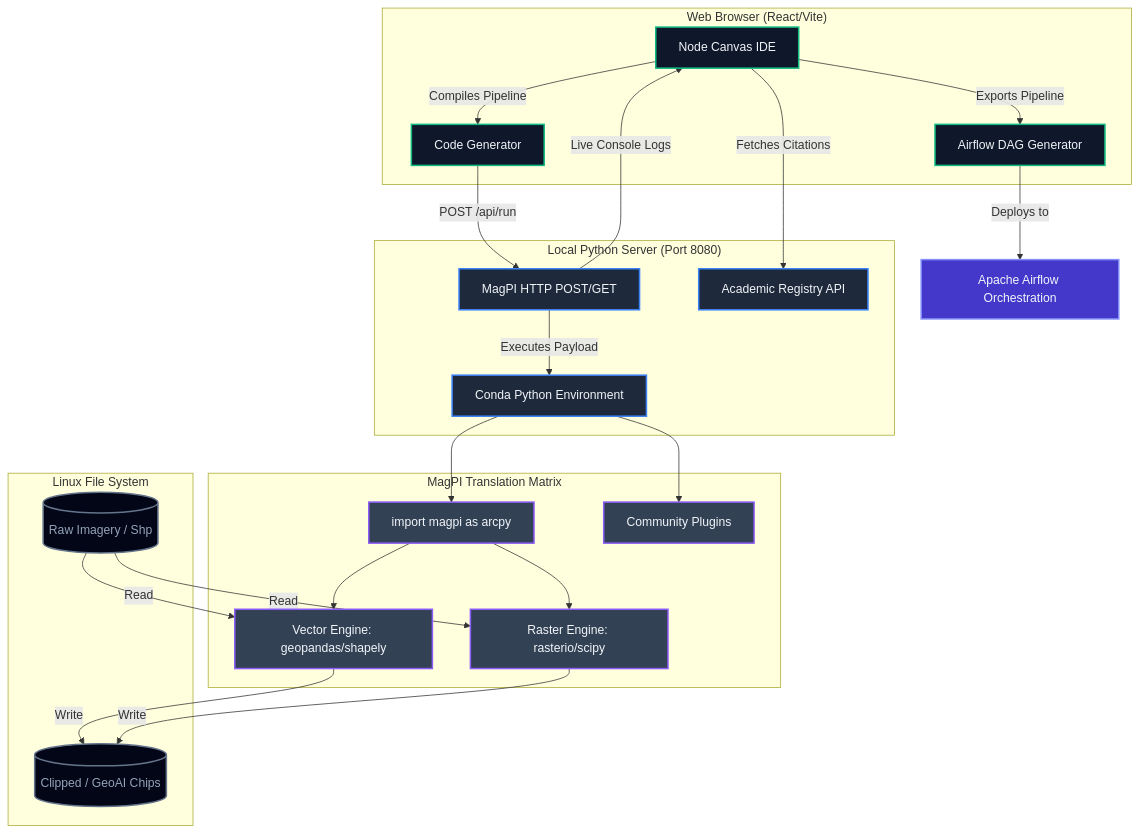
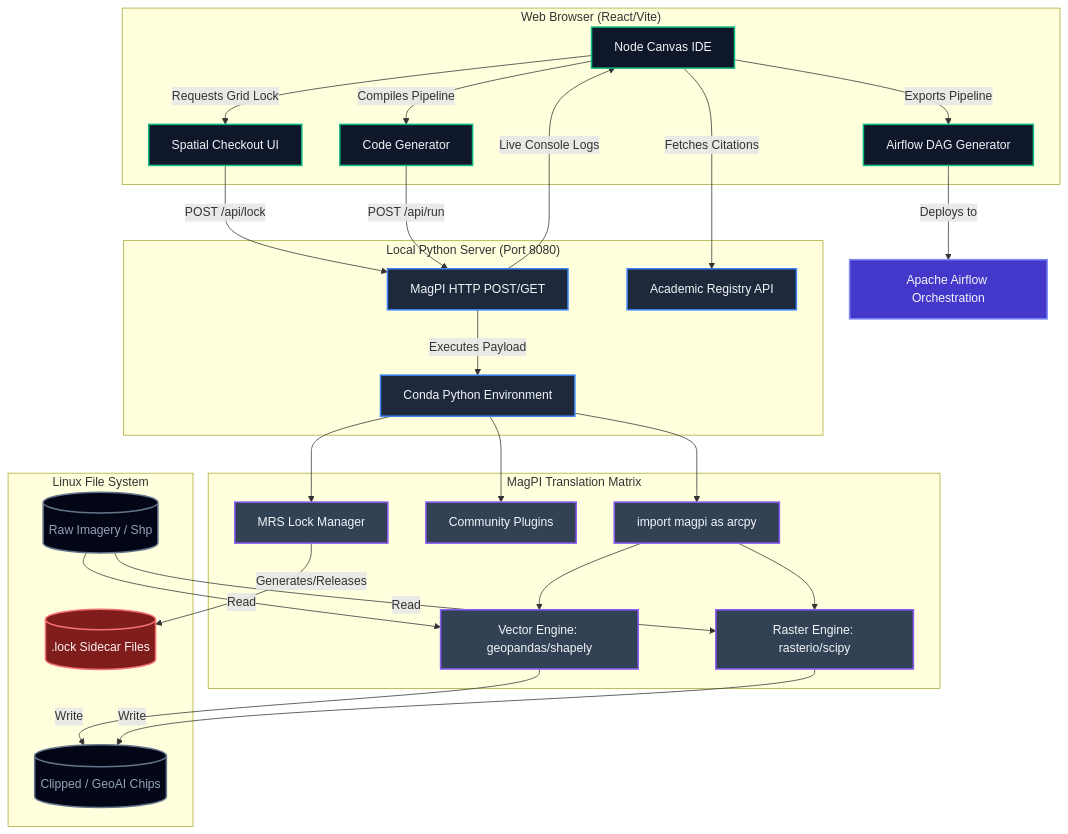
Before and after one commit to nexavision-tech/MagPI: the diagram in README.md, drawn with Mermaid. The commit also changed other lines of this file, not shown here.

Commit message:
docs: add documentation and architectural diagrams for the Optimistic Spatial Checkout system

````diff
--- a/README.md
+++ b/README.md
@@ -62,54 +72,64 @@
 ``` mermaid
 graph TD
     %% Styling
     classDef ui fill:#0f172a,stroke:#10b981,stroke-width:2px,color:#f1f5f9
     classDef daemon fill:#1e293b,stroke:#3b82f6,stroke-width:2px,color:#f1f5f9
     classDef engine fill:#334155,stroke:#8b5cf6,stroke-width:2px,color:#f1f5f9
     classDef disk fill:#020617,stroke:#64748b,stroke-width:2px,color:#94a3b8
     classDef airflow fill:#4338ca,stroke:#818cf8,stroke-width:2px,color:#f1f5f9
+    classDef lock fill:#7f1d1d,stroke:#f87171,stroke-width:2px,color:#fef2f2
 
     %% Nodes
     subgraph UI["Web Browser (React/Vite)"]
         Canvas[Node Canvas IDE]:::ui
         Script[Code Generator]:::ui
         AirflowExport[Airflow DAG Generator]:::ui
+        FishnetUI[Spatial Checkout UI]:::ui
     end
 
     subgraph DAEMON["Local Python Server (Port 8080)"]
         API[MagPI HTTP POST/GET]:::daemon
         Interpreter[Conda Python Environment]:::daemon
         Registry[Academic Registry API]:::daemon
     end
 
     subgraph ENGINE["MagPI Translation Matrix"]
         ArcpyBridge[import magpi as arcpy]:::engine
         GeoPandas[Vector Engine: geopandas/shapely]:::engine
         Rasterio[Raster Engine: rasterio/scipy]:::engine
         Community[Community Plugins]:::engine
+        CheckoutLogic[MRS Lock Manager]:::engine
     end
 
     subgraph OS["Linux File System"]
         Inputs[(Raw Imagery / Shp)]:::disk
         Outputs[(Clipped / GeoAI Chips)]:::disk
+        Locks[(".lock Sidecar Files")]:::lock
     end
 
     %% Connections
     Canvas -->|Compiles Pipeline| Script
     Canvas -->|Exports Pipeline| AirflowExport
+    Canvas -->|Requests Grid Lock| FishnetUI
+    FishnetUI -->|POST /api/lock| API
+    
     AirflowExport -->|Deploys to| Airflow[Apache Airflow Orchestration]:::airflow
     Script -->|POST /api/run| API
     Canvas -->|Fetches Citations| Registry
     
     API -->|Executes Payload| Interpreter
     Interpreter --> ArcpyBridge
     Interpreter --> Community
+    Interpreter --> CheckoutLogic
+    
     ArcpyBridge --> GeoPandas
     ArcpyBridge --> Rasterio
+    CheckoutLogic -->|Generates/Releases| Locks
     
     Inputs -->|Read| Rasterio
     Inputs -->|Read| GeoPandas
     GeoPandas -->|Write| Outputs
     Rasterio -->|Write| Outputs
     
     API -->|Live Console Logs| Canvas
 ```
````
